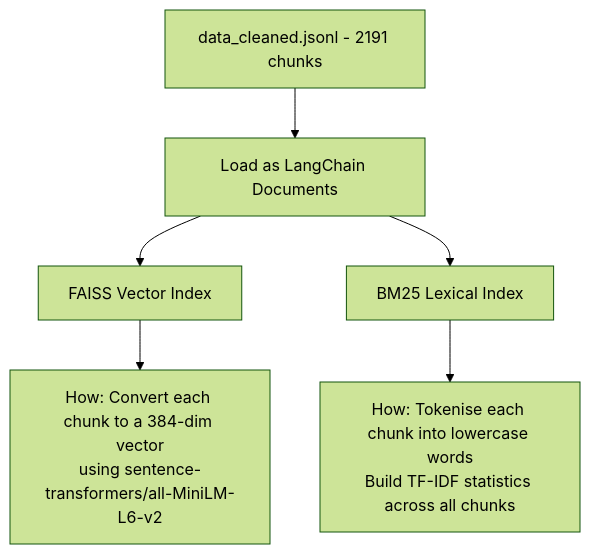
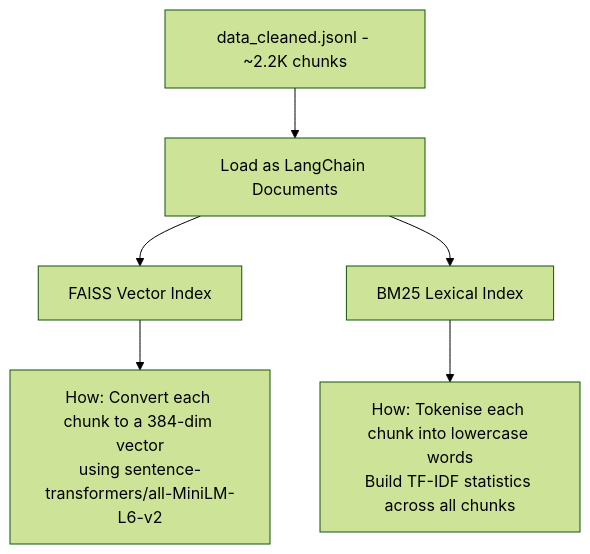
The sixth of 17 diagrams in WORKING.md (arxhr007/sahrdaya_ragx), drawn with Mermaid (forest theme) before and after one commit. The commit also changed other lines of this file and 19 other files, not shown here.

````diff
--- a/WORKING.md
+++ b/WORKING.md
@@ -313,9 +313,9 @@
 ```mermaid
 flowchart TD
-    A[data_cleaned.jsonl - 2191 chunks] --> B[Load as LangChain Documents]
+    A[data_cleaned.jsonl - ~2.2K chunks] --> B[Load as LangChain Documents]
     B --> C[FAISS Vector Index]
     B --> D[BM25 Lexical Index]
     
     C --> E["How: Convert each chunk to a 384-dim vector\nusing sentence-transformers/all-MiniLM-L6-v2"]
     D --> F["How: Tokenise each chunk into lowercase words\nBuild TF-IDF statistics across all chunks"]
 ```
````
